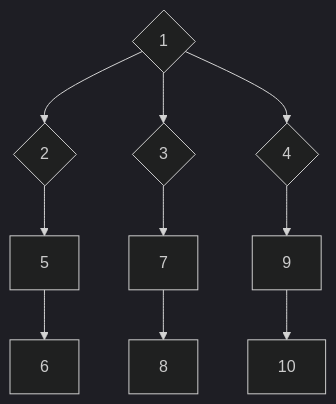
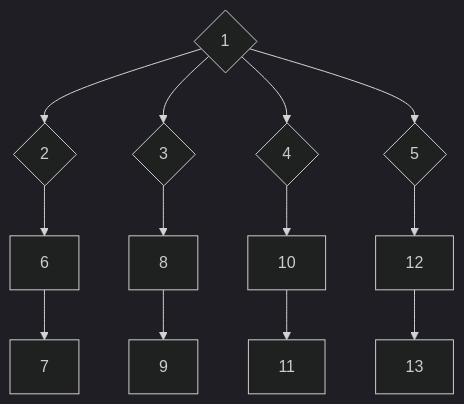
Before and after one commit to sporniket/monorepo-cpp-apps: the diagram in cmnlib-term/20-plans/000_000_002.md, drawn with Mermaid (dark theme). The commit also changed other lines of this file and 15 other files, not shown here.

````diff
--- a/cmnlib-term/20-plans/000_000_002.md
+++ b/cmnlib-term/20-plans/000_000_002.md
@@ -30,11 +33,13 @@
 ```mermaid
 flowchart TD
     1{1}
     2{2}
     3{3}
     4{4} 
-    1 --> 2 --> 5 --> 6
-    1 --> 3 --> 7 --> 8
-    1 --> 4 --> 9 --> 10
+    5{5} 
+    1 --> 2 --> 6 --> 7
+    1 --> 3 --> 8 --> 9
+    1 --> 4 --> 10 --> 11
+    1 --> 5 --> 12 --> 13
 
 ```
````
